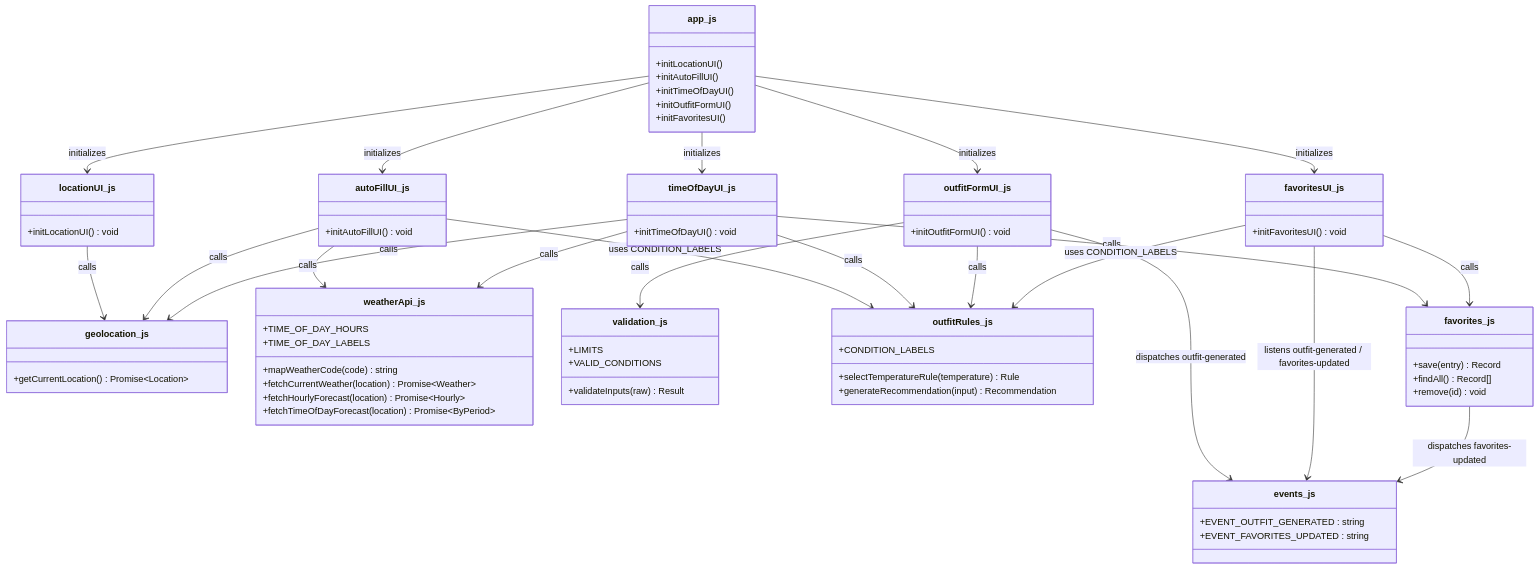
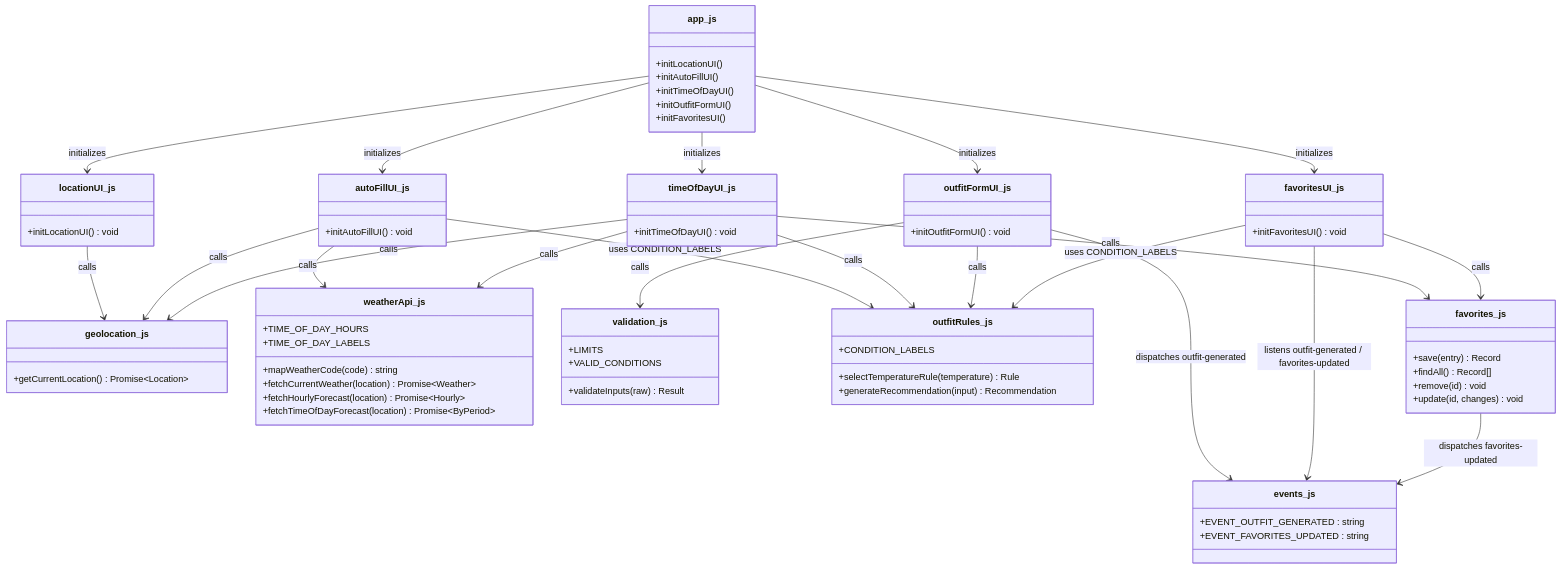
The second of 14 diagrams in README.md (tsukushi-81/apri2), drawn with Mermaid before and after one commit. The commit also changed other lines of this file, not shown here.

```diff
--- a/README.md
+++ b/README.md
@@ -288,6 +290,7 @@
     +save(entry) Record
     +findAll() Record[]
     +remove(id) void
+    +update(id, changes) void
   }
 
   class events_js {
```
